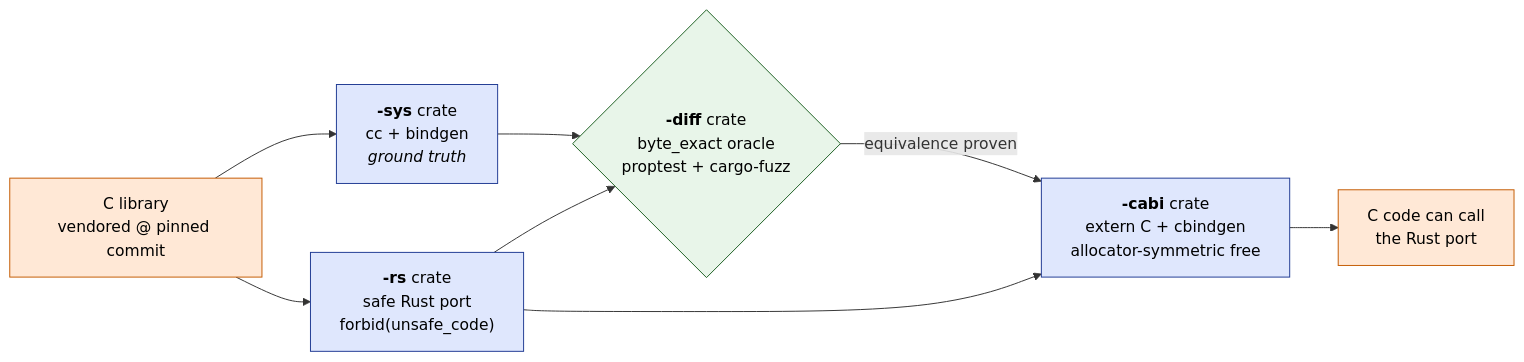
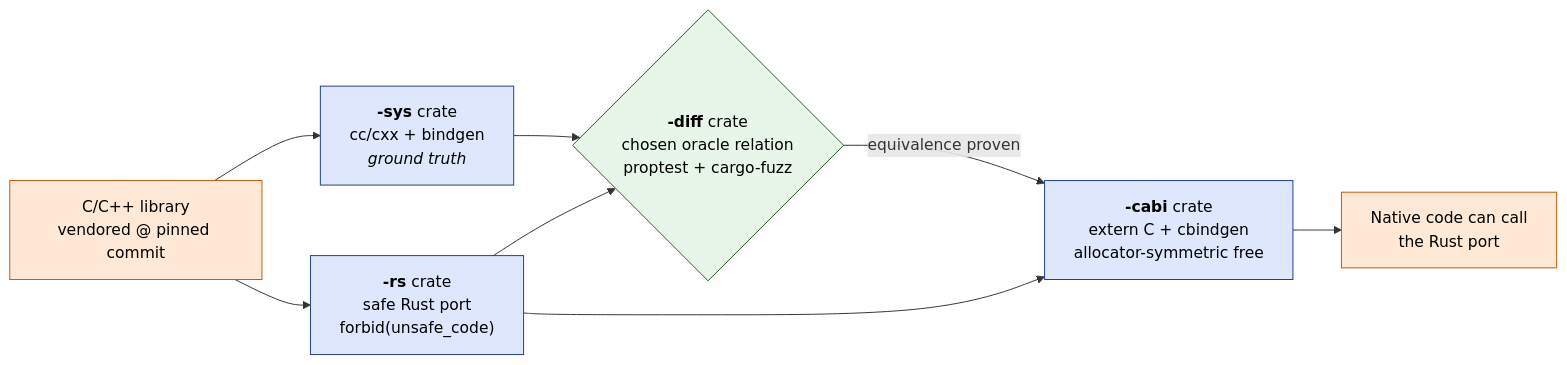
The diagram in README.md (oandronachi/agentic-c2rust), drawn with Mermaid before and after one commit. The commit also changed other lines of this file and 180 other files, not shown here.

````diff
--- a/README.md
+++ b/README.md
@@ -13,17 +13,17 @@
 ```mermaid
 flowchart LR
-    A["C library<br/>vendored @ pinned commit"] --> B["<b>-sys</b> crate<br/>cc + bindgen<br/><i>ground truth</i>"]
+    A["C/C++ library<br/>vendored @ pinned commit"] --> B["<b>-sys</b> crate<br/>cc/cxx + bindgen<br/><i>ground truth</i>"]
     A --> C["<b>-rs</b> crate<br/>safe Rust port<br/>forbid(unsafe_code)"]
-    B --> D{"<b>-diff</b> crate<br/>byte_exact oracle<br/>proptest + cargo-fuzz"}
+    B --> D{"<b>-diff</b> crate<br/>chosen oracle relation<br/>proptest + cargo-fuzz"}
     C --> D
     D -->|equivalence proven| E["<b>-cabi</b> crate<br/>extern C + cbindgen<br/>allocator-symmetric free"]
     C --> E
-    E --> F["C code can call<br/>the Rust port"]
+    E --> F["Native code can call<br/>the Rust port"]
 
     classDef c fill:#ffe8d6,stroke:#c45a00,color:#000
     classDef r fill:#dfe7fd,stroke:#1f3a93,color:#000
     classDef o fill:#e8f5e9,stroke:#1b5e20,color:#000
     class A,F c
     class B,C,E r
     class D o
 ```
````
